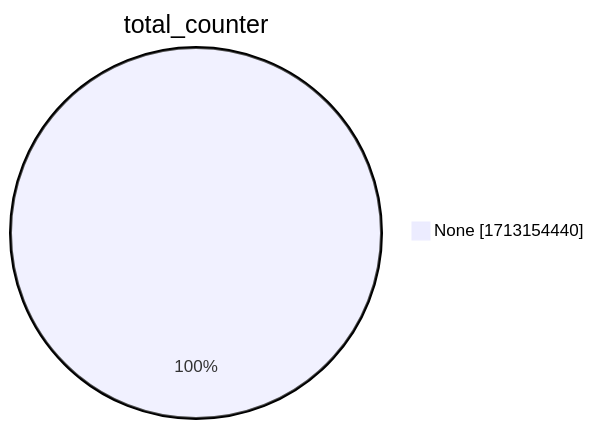
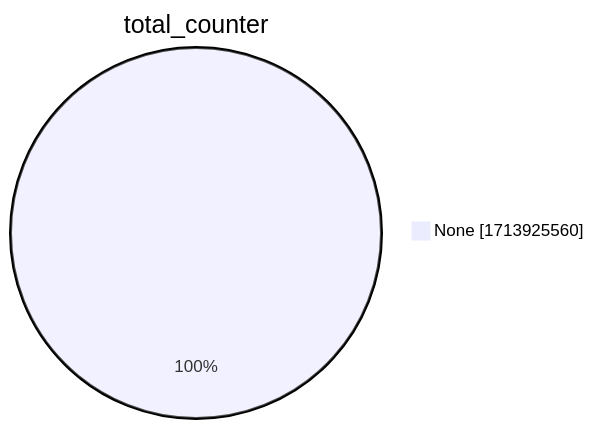
One commit to christiankrug/ctmonitor_visualization changed the second of 15 diagrams in xenon2022/README.md. Above: the diagram before and after it, drawn with Mermaid. The commit also changed other lines of this file, not shown here.

````diff
--- a/xenon2022/README.md
+++ b/xenon2022/README.md
@@ -9,5 +9,5 @@
 ```mermaid
 pie showData
 title total_counter
-"None" :1713154440
+"None" :1713925560
 ```
````
